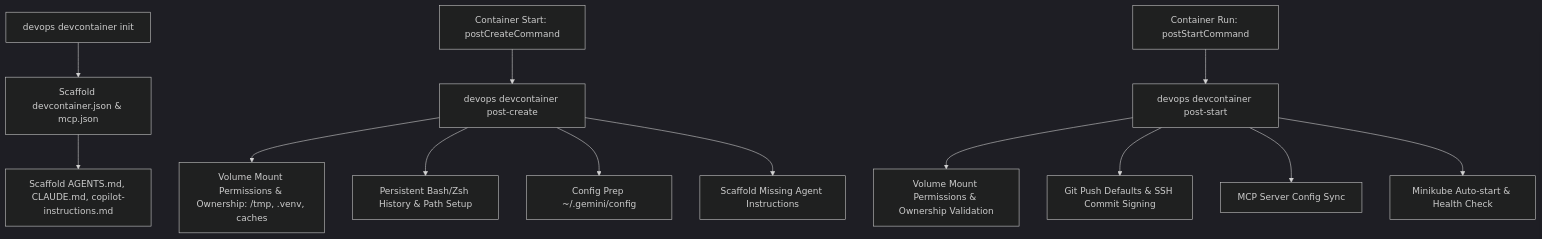
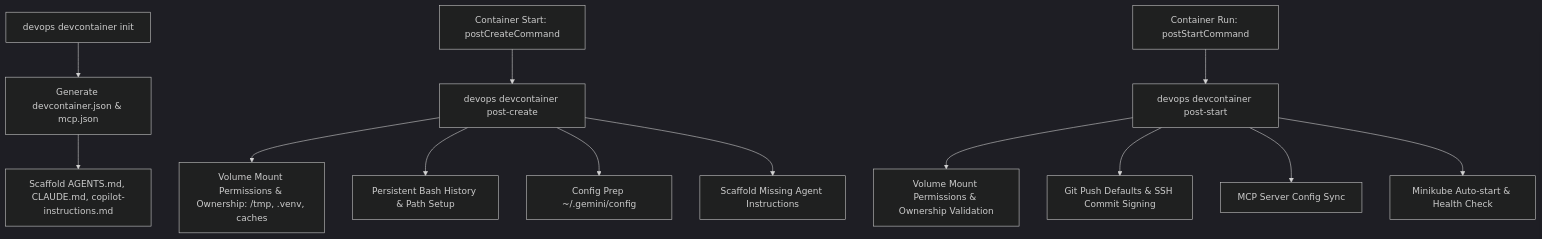
The diagram in src/devops_cli/ai/knowledge_base/devops_cli/tasks/devcontainer_lifecycle.md (dan-petty/devops-cli), drawn with Mermaid (dark theme) before and after one commit. The commit also changed other lines of this file and 368 other files, not shown here.

````diff
--- a/src/devops_cli/ai/knowledge_base/devops_cli/tasks/devcontainer_lifecycle.md
+++ b/src/devops_cli/ai/knowledge_base/devops_cli/tasks/devcontainer_lifecycle.md
@@ -11,15 +11,15 @@
 ```mermaid
 graph TD
-    A[devops devcontainer init] --> B[Scaffold devcontainer.json & mcp.json]
+    A[devops devcontainer init] --> B[Generate devcontainer.json & mcp.json]
     B --> C[Scaffold AGENTS.md, CLAUDE.md, copilot-instructions.md]
     D[Container Start: postCreateCommand] --> E[devops devcontainer post-create]
     E --> F[Volume Mount Permissions & Ownership: /tmp, .venv, caches]
-    E --> G[Persistent Bash/Zsh History & Path Setup]
+    E --> G[Persistent Bash History & Path Setup]
     E --> H[Config Prep ~/.gemini/config]
     E --> I[Scaffold Missing Agent Instructions]
     J[Container Run: postStartCommand] --> K[devops devcontainer post-start]
     K --> L[Volume Mount Permissions & Ownership Validation]
     K --> M[Git Push Defaults & SSH Commit Signing]
     K --> N[MCP Server Config Sync]
     K --> O[Minikube Auto-start & Health Check]
 ```
````
